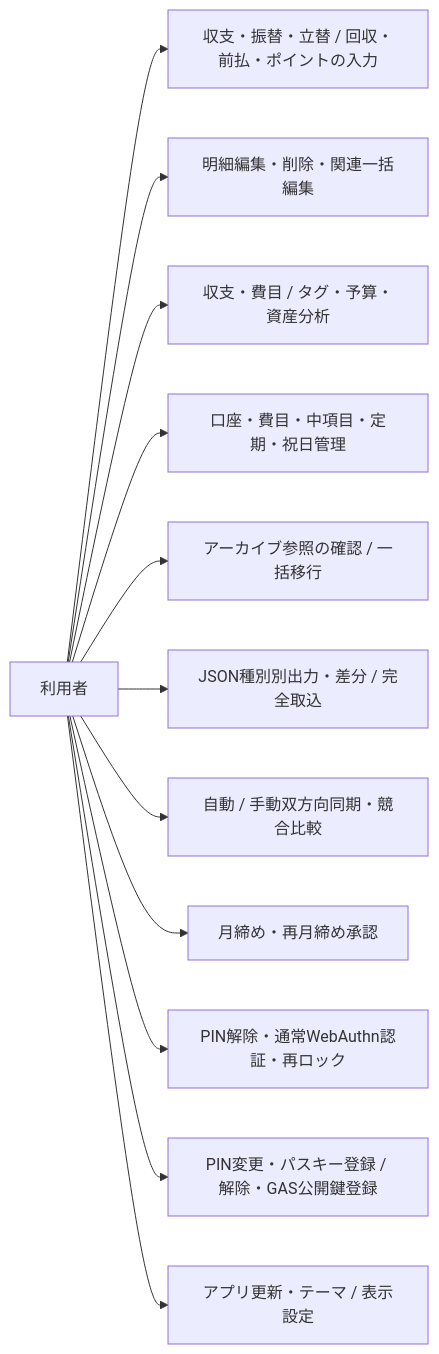
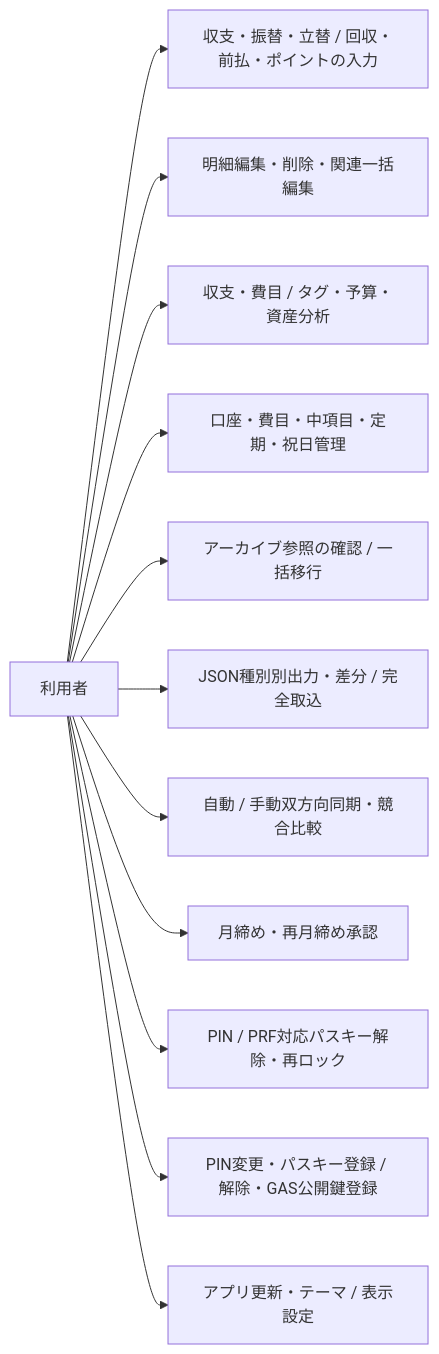
Before and after one commit to tekuteku-life/yose: the second of 3 diagrams in docs/external_design.md, drawn with Mermaid. The commit also changed other lines of this file and 62 other files, not shown here.

````diff
--- a/docs/external_design.md
+++ b/docs/external_design.md
@@ -654,26 +657,26 @@
 ```mermaid
 flowchart LR
     U["利用者"]
     Input["収支・振替・立替 / 回収・前払・ポイントの入力"]
     Edit["明細編集・削除・関連一括編集"]
     Analytics["収支・費目 / タグ・予算・資産分析"]
     Master["口座・費目・中項目・定期・祝日管理"]
     Maintenance["アーカイブ参照の確認 / 一括移行"]
     Files["JSON種別別出力・差分 / 完全取込"]
     Sync["自動 / 手動双方向同期・競合比較"]
     Close["月締め・再月締め承認"]
-    Auth["PIN解除・通常WebAuthn認証・再ロック"]
+    Auth["PIN / PRF対応パスキー解除・再ロック"]
     Keys["PIN変更・パスキー登録 / 解除・GAS公開鍵登録"]
     Update["アプリ更新・テーマ / 表示設定"]
     U --> Input
     U --> Edit
     U --> Analytics
     U --> Master
     U --> Maintenance
     U --> Files
     U --> Sync
     U --> Close
     U --> Auth
     U --> Keys
     U --> Update
 ```
````
